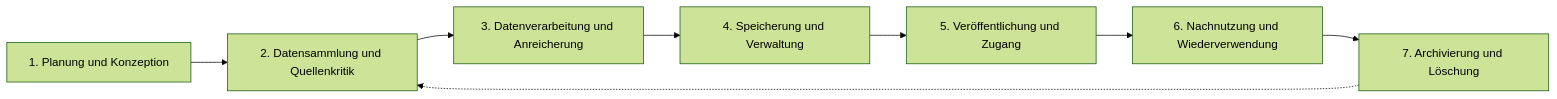
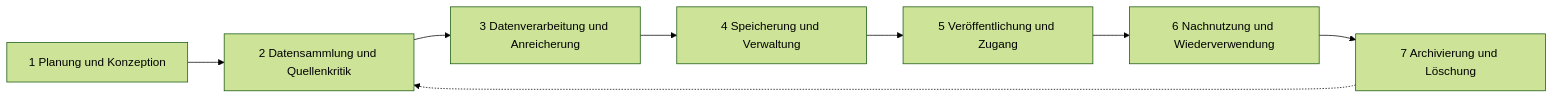
The first of 3 diagrams in manuscript/index.qmd (maehr/diskriminierungsfreie-metadaten), drawn with Mermaid (forest theme) before and after one commit. The commit also changed other lines of this file, not shown here.

````diff
--- a/manuscript/index.qmd
+++ b/manuscript/index.qmd
@@ -96,10 +96,10 @@
 ```{mermaid}
 flowchart LR
-    A[1. Planung und Konzeption] --> B[2. Datensammlung und Quellenkritik]
-    B --> C[3. Datenverarbeitung und Anreicherung]
-    C --> D[4. Speicherung und Verwaltung]
-    D --> E[5. Veröffentlichung und Zugang]
-    E --> F[6. Nachnutzung und Wiederverwendung]
-    F --> G[7. Archivierung und Löschung]
+    A[1 Planung und Konzeption] --> B[2 Datensammlung und Quellenkritik]
+    B --> C[3 Datenverarbeitung und Anreicherung]
+    C --> D[4 Speicherung und Verwaltung]
+    D --> E[5 Veröffentlichung und Zugang]
+    E --> F[6 Nachnutzung und Wiederverwendung]
+    F --> G[7 Archivierung und Löschung]
     G -.-> B 
 ```
````
